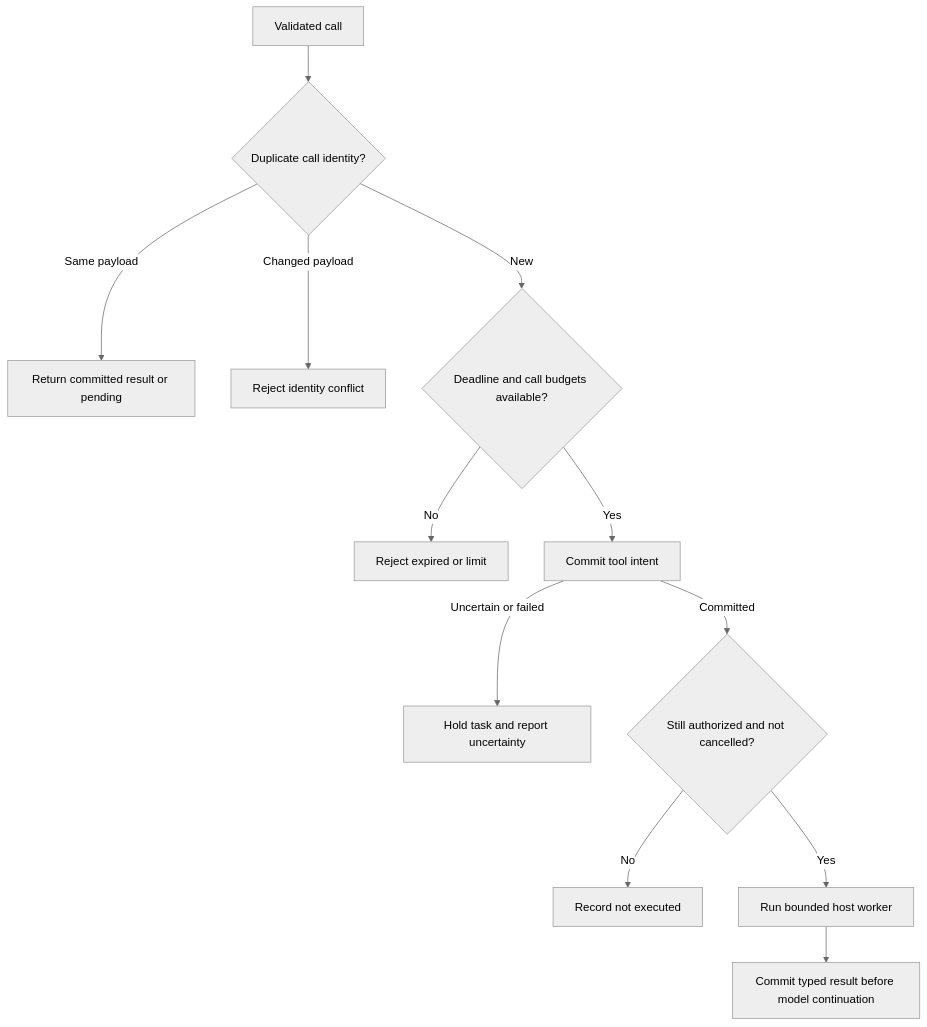
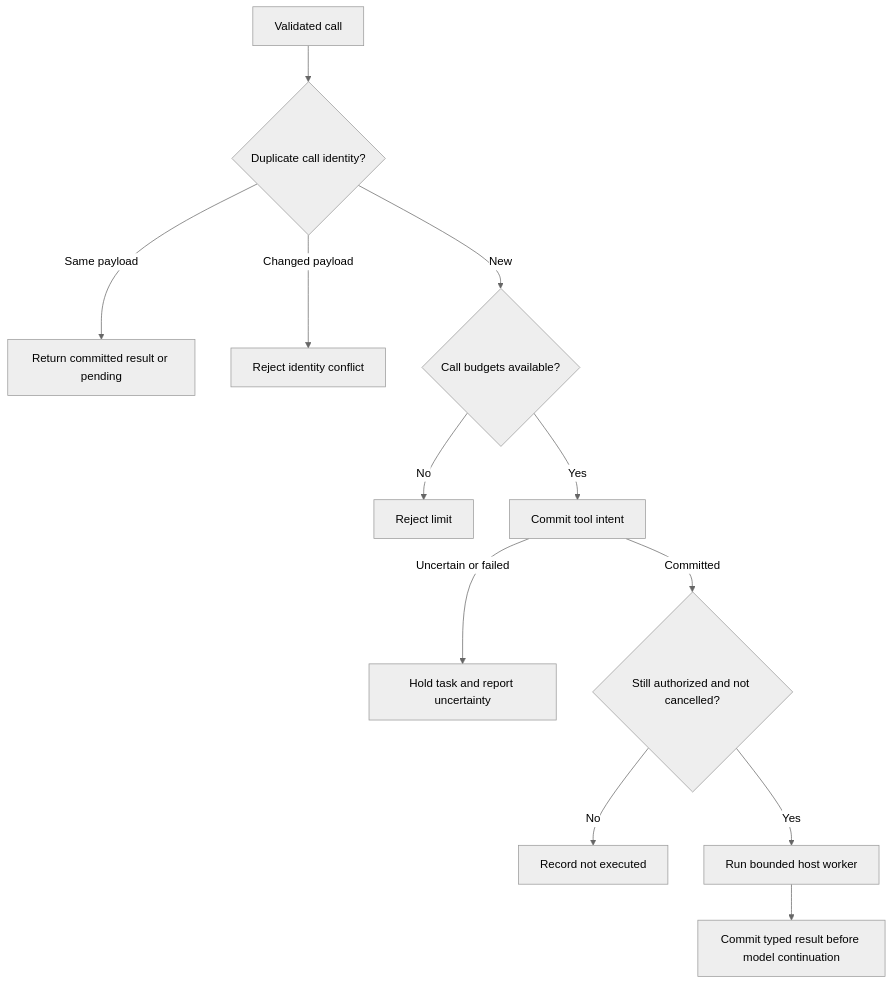
The third of 9 diagrams in docs/designs/model-tool-execution.md (pidster/asura), drawn with Mermaid (neutral theme) before and after one commit. The commit also changed other lines of this file and 107 other files, not shown here.

````diff
--- a/docs/designs/model-tool-execution.md
+++ b/docs/designs/model-tool-execution.md
@@ -151,14 +153,14 @@
 ```mermaid
 flowchart TD
   Next[Validated call] --> D{Duplicate call identity?}
   D -->|Same payload| Replay[Return committed result or pending]
   D -->|Changed payload| Conflict[Reject identity conflict]
-  D -->|New| B{Deadline and call budgets available?}
-  B -->|No| Limit[Reject expired or limit]
+  D -->|New| B{Call budgets available?}
+  B -->|No| Limit[Reject limit]
   B -->|Yes| Journal[Commit tool intent]
   Journal -->|Uncertain or failed| Hold[Hold task and report uncertainty]
   Journal -->|Committed| Fence{Still authorized and not cancelled?}
   Fence -->|No| Cancelled[Record not executed]
   Fence -->|Yes| Execute[Run bounded host worker]
   Execute --> Result[Commit typed result before model continuation]
 ```
````
